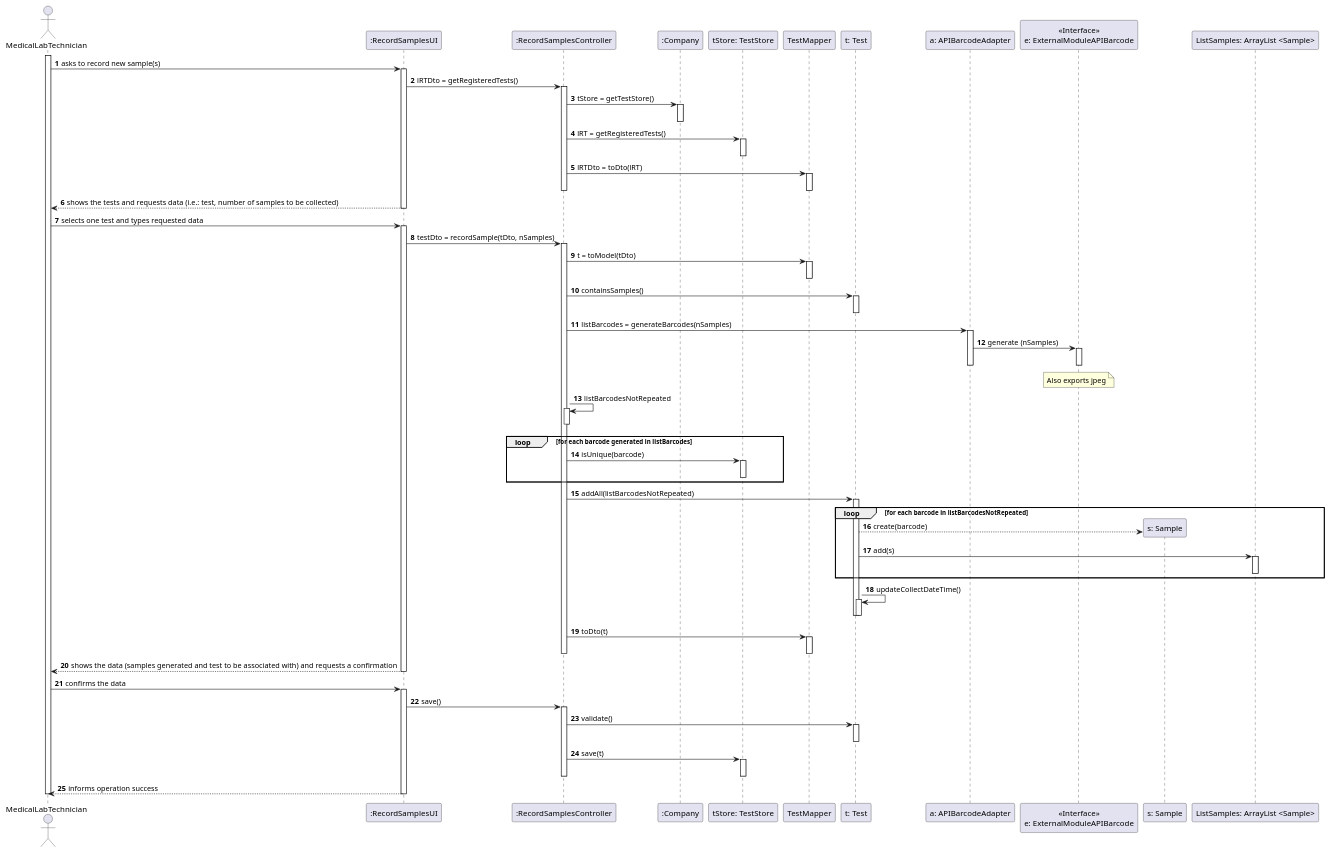
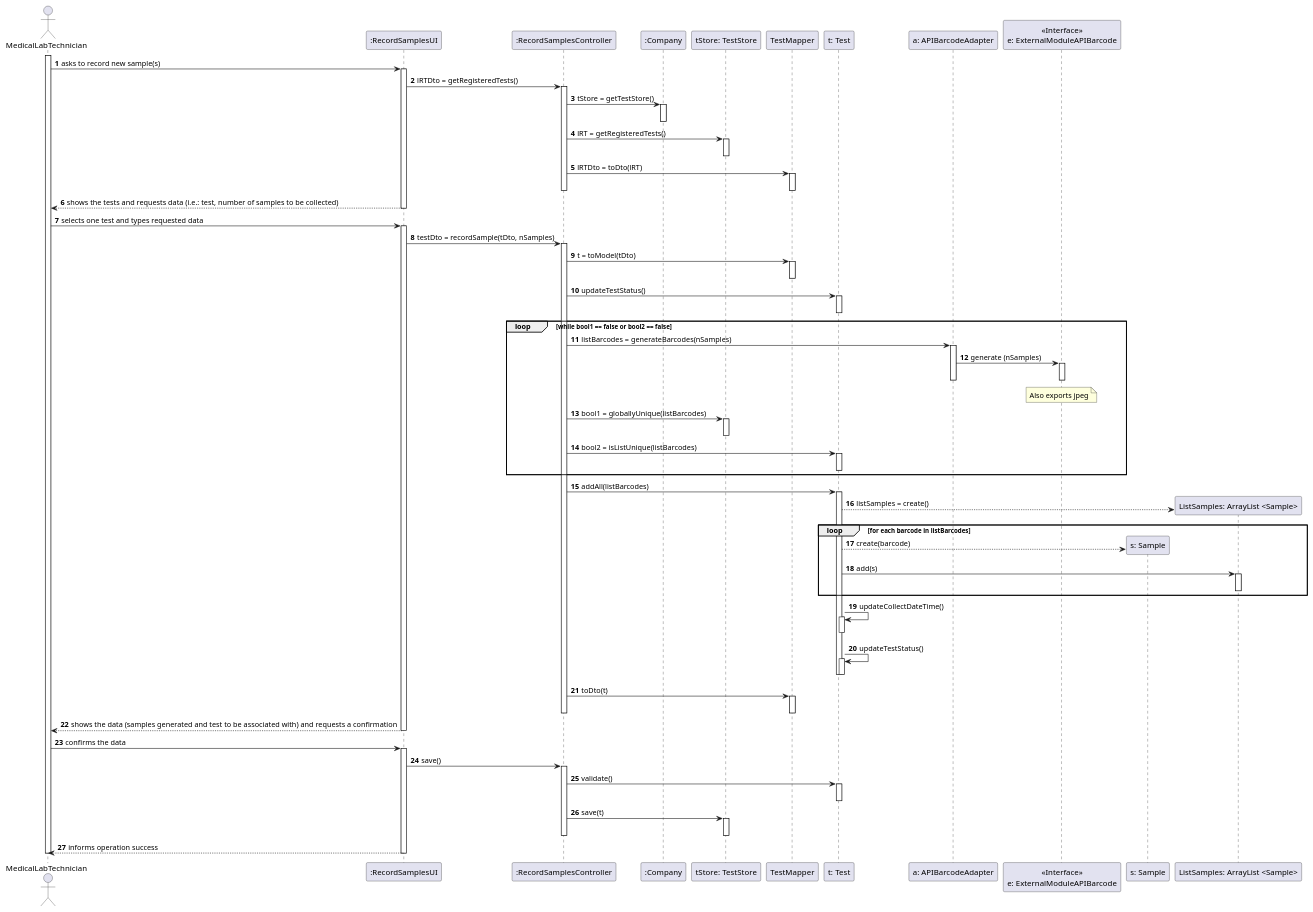
The diagram in docs/SprintC/US05/US05-SD.puml (0franciscor/lei-21-s2-1de-g19), drawn with PlantUML before and after one commit. The commit also changed 1 other file, not shown here.

```diff
--- a/docs/SprintC/US05/US05-SD.puml
+++ b/docs/SprintC/US05/US05-SD.puml
@@ -1,95 +1,99 @@
 @startuml
 'https://plantuml.com/sequence-diagram
 
 autonumber
 
 actor MedicalLabTechnician as MLT
 participant ":RecordSamplesUI" as RSUI
 participant ":RecordSamplesController" as RSC
 participant ":Company" as COMP
 participant "tStore: TestStore" as TS
 participant "TestMapper" as TM
 participant "t: Test" as T
 participant "a: APIBarcodeAdapter" as APIBA
 participant "<<Interface>>\ne: ExternalModuleAPIBarcode" as EMAPIB
 participant "s: Sample" as S
 participant "ListSamples: ArrayList <Sample>" as LS
 
 activate MLT
 MLT -> RSUI : asks to record new sample(s)
 activate RSUI
 RSUI -> RSC : lRTDto = getRegisteredTests()
 activate RSC
 RSC -> COMP : tStore = getTestStore()
 activate COMP
 deactivate COMP
 RSC -> TS : lRT = getRegisteredTests()
 activate TS
 deactivate TS
 RSC -> TM : lRTDto = toDto(lRT)
 activate TM
 deactivate TM
 deactivate RSC
 RSUI --> MLT : shows the tests and requests data (i.e.: test, number of samples to be collected)
 deactivate RSUI
 
 MLT -> RSUI : selects one test and types requested data
 activate RSUI
 RSUI -> RSC : testDto = recordSample(tDto, nSamples)
 activate RSC
 RSC -> TM : t = toModel(tDto)
 activate TM
 deactivate TM
-RSC -> T : containsSamples()
+RSC -> T : updateTestStatus()
 activate T
 deactivate T
+loop while bool1 == false or bool2 == false
 RSC -> APIBA : listBarcodes = generateBarcodes(nSamples)
 activate APIBA
 APIBA -> EMAPIB : generate (nSamples)
 activate EMAPIB
 deactivate EMAPIB
 note over EMAPIB : Also exports jpeg
 deactivate APIBA
-RSC -> RSC : listBarcodesNotRepeated
-activate RSC
-deactivate RSC
-loop for each barcode generated in listBarcodes
-RSC -> TS : isUnique(barcode)
+RSC -> TS : bool1 = globallyUnique(listBarcodes)
 activate TS
 deactivate TS
+RSC -> T : bool2 = isListUnique(listBarcodes)
+activate T
+deactivate T
 end
-RSC -> T : addAll(listBarcodesNotRepeated)
+RSC -> T : addAll(listBarcodes)
 activate T
-loop for each barcode in listBarcodesNotRepeated
+T --> LS** : listSamples = create()
+loop for each barcode in listBarcodes
 T --> S** : create(barcode)
 T -> LS : add(s)
 activate LS
 deactivate LS
 end
 T -> T : updateCollectDateTime()
+activate T
+deactivate T
+T -> T : updateTestStatus()
 activate T
 deactivate T
 deactivate T
 RSC -> TM : toDto(t)
 activate TM
 deactivate TM
 deactivate RSC
 RSUI --> MLT : shows the data (samples generated and test to be associated with) and requests a confirmation
 deactivate RSUI
 
 MLT -> RSUI : confirms the data
 activate RSUI
 RSUI -> RSC : save()
 activate RSC
 RSC -> T : validate()
 activate T
 deactivate T
 RSC -> TS : save(t)
 activate TS
 deactivate TS
 deactivate RSC
 RSUI --> MLT : informs operation success
 deactivate RSUI
 
 deactivate MLT
 @enduml
```
